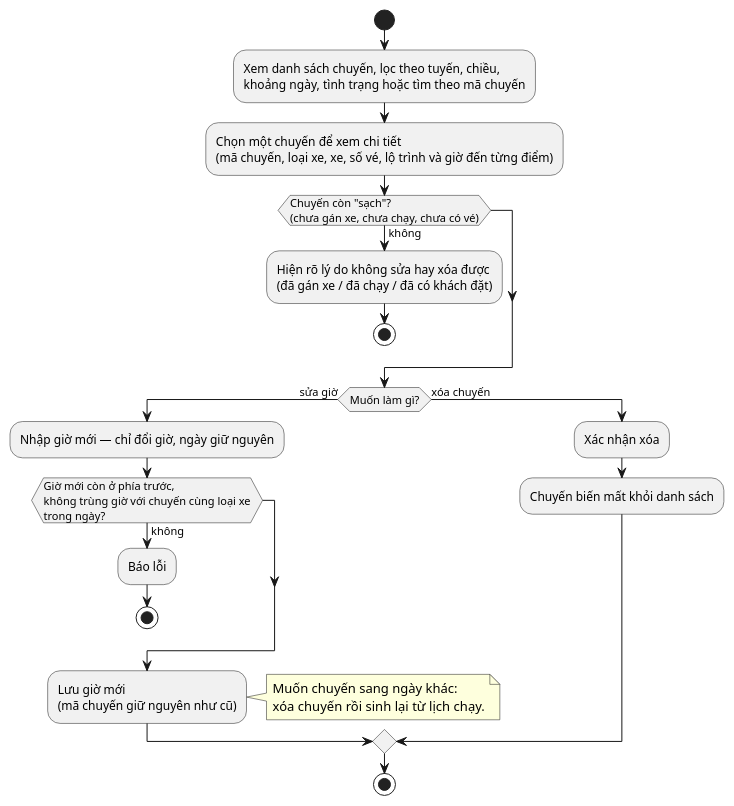
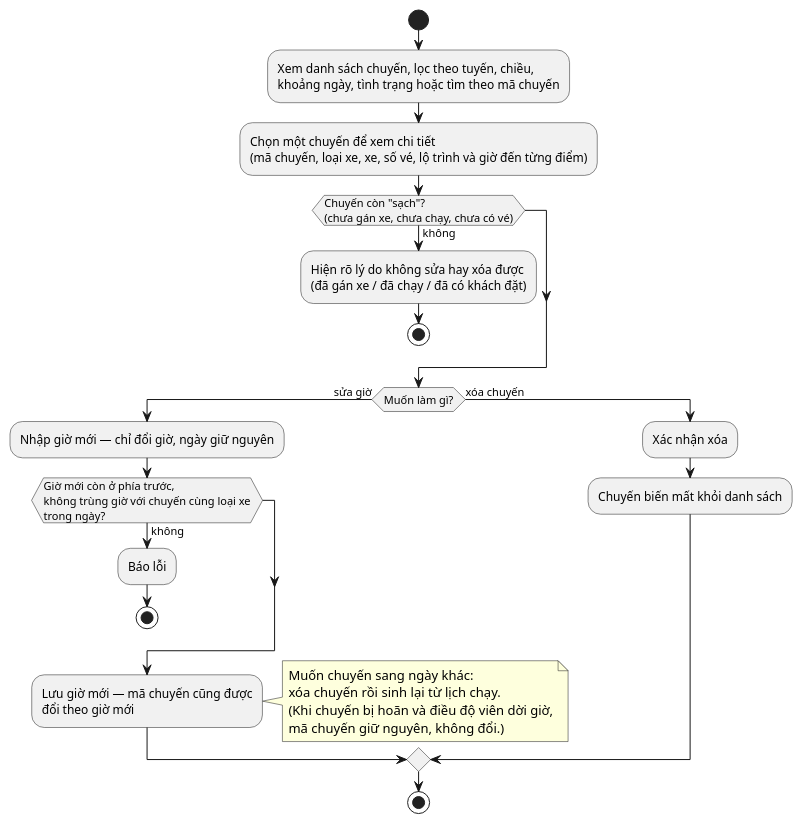
One commit to nguyenvietanhit19/Project1_HeThongQuanLyNhaXeKhachLienTinh changed diagram 26 of 54 in UML_DIAGRAMS.md. Above: the diagram before and after it, drawn with PlantUML. The commit also changed 4 other files, not shown here.

First line of the commit message:
Ma chuyen doi theo gio khi quan ly sua gio (UC-48), giu nguyen khi dieu do vien doi gio luc hoan

````diff
--- a/UML_DIAGRAMS.md
+++ b/UML_DIAGRAMS.md
@@ -712,27 +712,29 @@
 ```plantuml
 @startuml AD_UC48_QuanLyChuyen
 start
 :Xem danh sách chuyến, lọc theo tuyến, chiều,\nkhoảng ngày, tình trạng hoặc tìm theo mã chuyến;
 :Chọn một chuyến để xem chi tiết\n(mã chuyến, loại xe, xe, số vé, lộ trình và giờ đến từng điểm);
 if (Chuyến còn "sạch"?\n(chưa gán xe, chưa chạy, chưa có vé)) then (không)
   :Hiện rõ lý do không sửa hay xóa được\n(đã gán xe / đã chạy / đã có khách đặt);
   stop
 endif
 if (Muốn làm gì?) then (sửa giờ)
   :Nhập giờ mới — chỉ đổi giờ, ngày giữ nguyên;
   if (Giờ mới còn ở phía trước,\nkhông trùng giờ với chuyến cùng loại xe\ntrong ngày?) then (không)
     :Báo lỗi;
     stop
   endif
-  :Lưu giờ mới\n(mã chuyến giữ nguyên như cũ);
+  :Lưu giờ mới — mã chuyến cũng được\nđổi theo giờ mới;
   note right
     Muốn chuyến sang ngày khác:
     xóa chuyến rồi sinh lại từ lịch chạy.
+    (Khi chuyến bị hoãn và điều độ viên dời giờ,
+    mã chuyến giữ nguyên, không đổi.)
   end note
 else (xóa chuyến)
   :Xác nhận xóa;
   :Chuyến biến mất khỏi danh sách;
 endif
 stop
 @enduml
 ```
````
